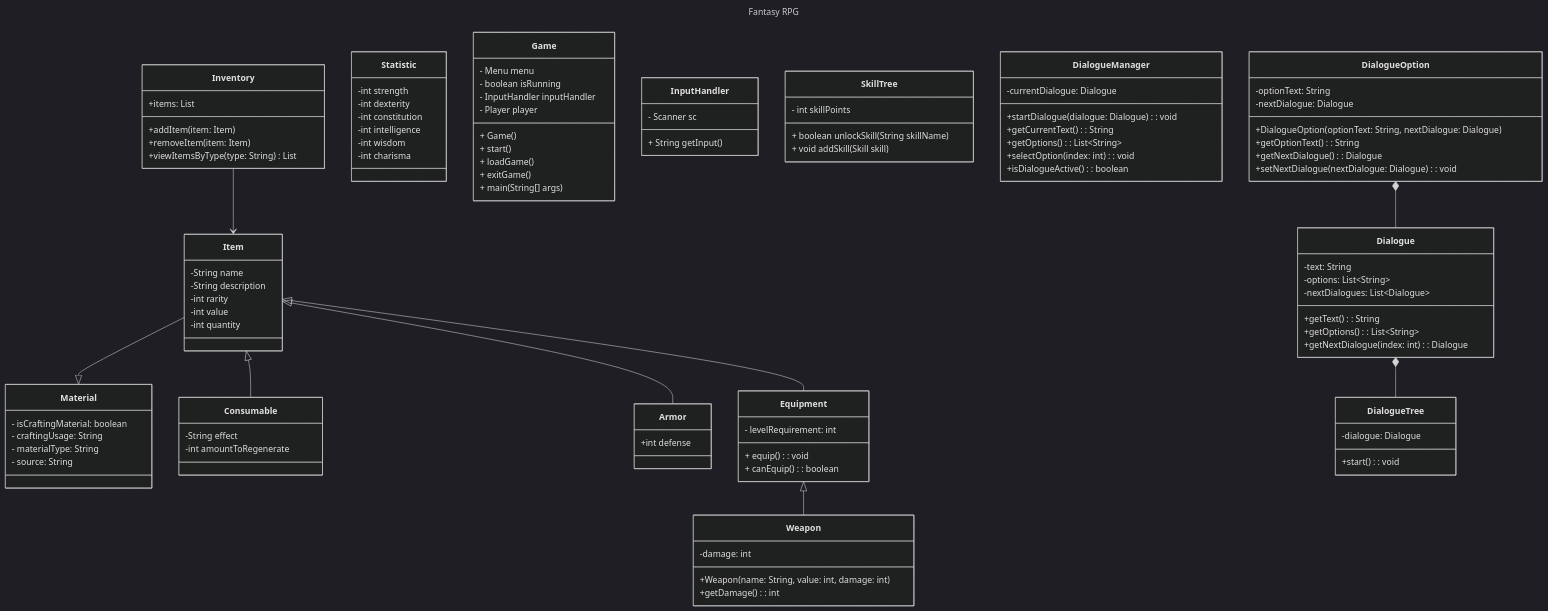
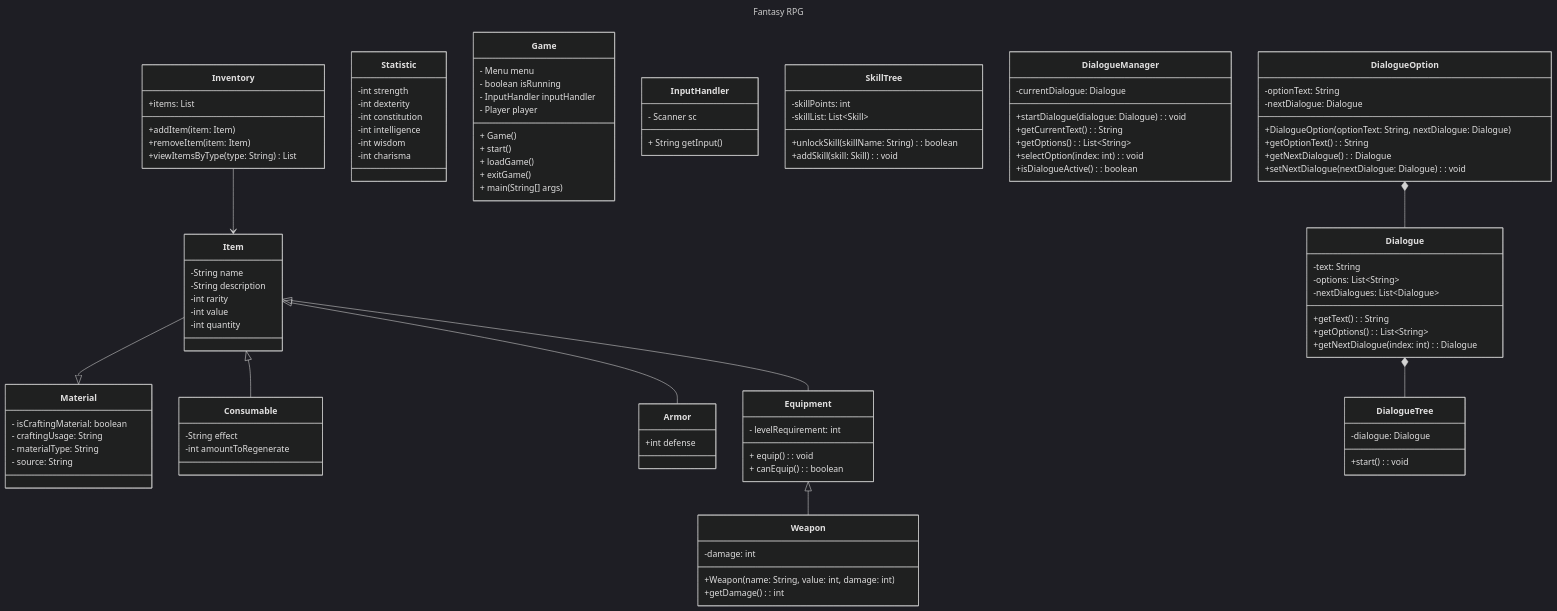
The diagram in wiki/Class-Diagram.md (pacalso-jjc/2425-2nd-cc3-1b-rpg), drawn with Mermaid (dark theme) before and after one commit.

Commit message:
Added attribute for skillList of type List

```diff
--- a/wiki/Class-Diagram.md
+++ b/wiki/Class-Diagram.md
@@ -59,9 +59,10 @@
     }
 
     class SkillTree {
-        - int skillPoints
-        + boolean unlockSkill(String skillName)
-        + void addSkill(Skill skill)
+        -skillPoints: int
+        -skillList: List~Skill~
+        +unlockSkill(skillName: String): boolean
+        +addSkill(skill: Skill): void
     }
 
     class DialogueManager {
```
